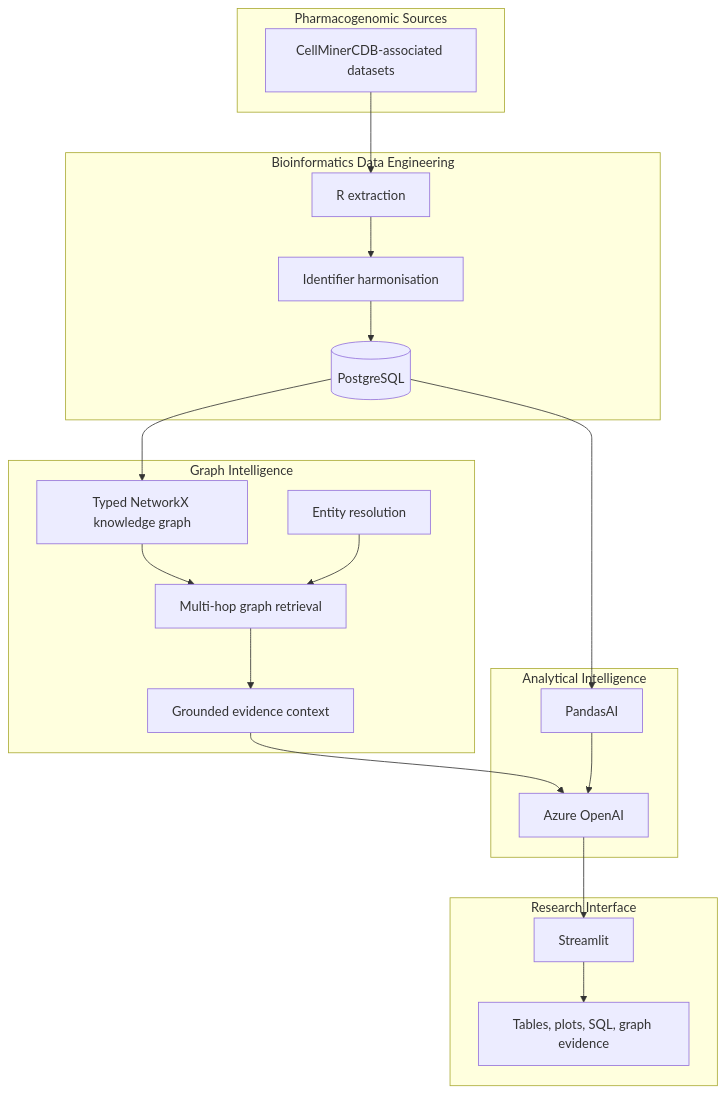
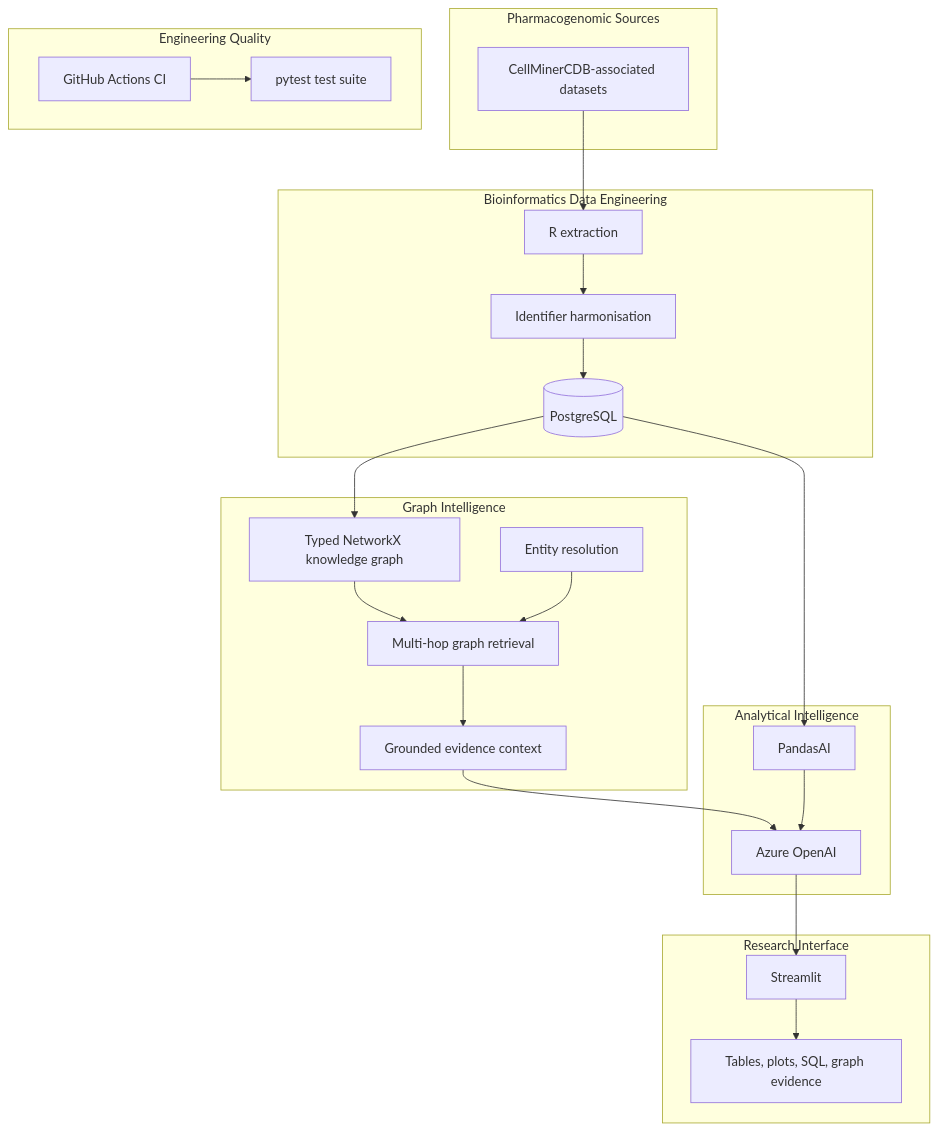
Before and after one commit to hasini-s-de-silva/CellMinerCDB-GraphRAG: the diagram in docs/ARCHITECTURE.md, drawn with Mermaid. The commit also changed other lines of this file, not shown here.

````diff
--- a/docs/ARCHITECTURE.md
+++ b/docs/ARCHITECTURE.md
@@ -7,31 +7,36 @@
 ```mermaid
 flowchart TB
     subgraph Sources[Pharmacogenomic Sources]
         A[CellMinerCDB-associated datasets]
     end
     subgraph ETL[Bioinformatics Data Engineering]
         B[R extraction]
         C[Identifier harmonisation]
         D[(PostgreSQL)]
     end
     subgraph Graph[Graph Intelligence]
         E[Typed NetworkX knowledge graph]
         F[Entity resolution]
         G[Multi-hop graph retrieval]
         H[Grounded evidence context]
     end
     subgraph Analytics[Analytical Intelligence]
         I[PandasAI]
         J[Azure OpenAI]
     end
     subgraph UX[Research Interface]
         K[Streamlit]
         L[Tables, plots, SQL, graph evidence]
     end
+    subgraph Quality[Engineering Quality]
+        M[GitHub Actions CI]
+        N[pytest test suite]
+    end
     A --> B --> C --> D
     D --> E
     E --> G
     F --> G --> H --> J
     D --> I --> J
     J --> K --> L
+    M --> N
 ```
````
